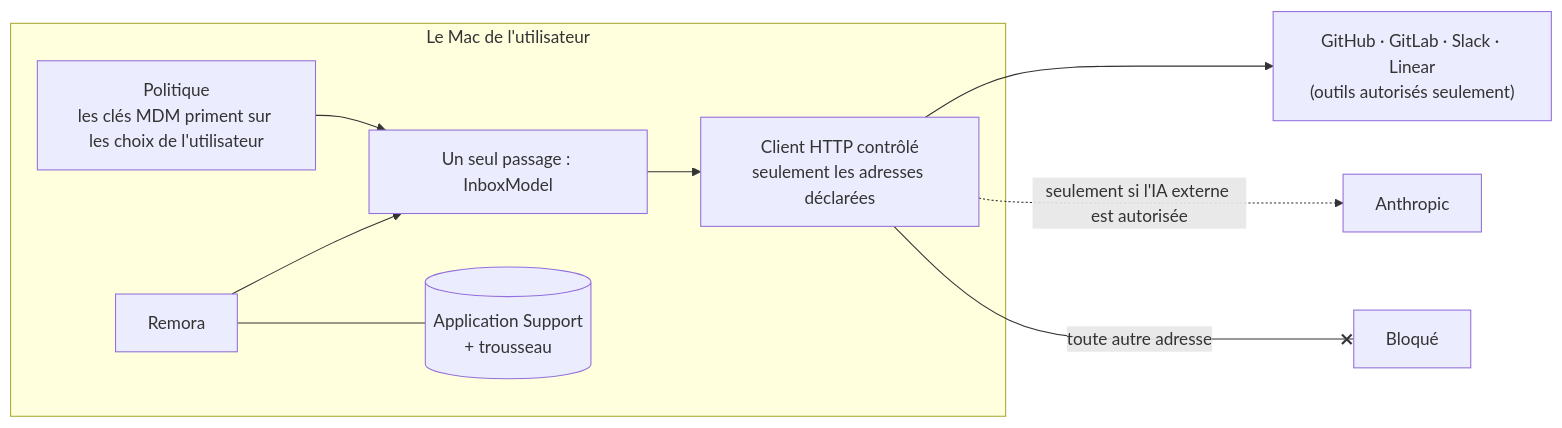
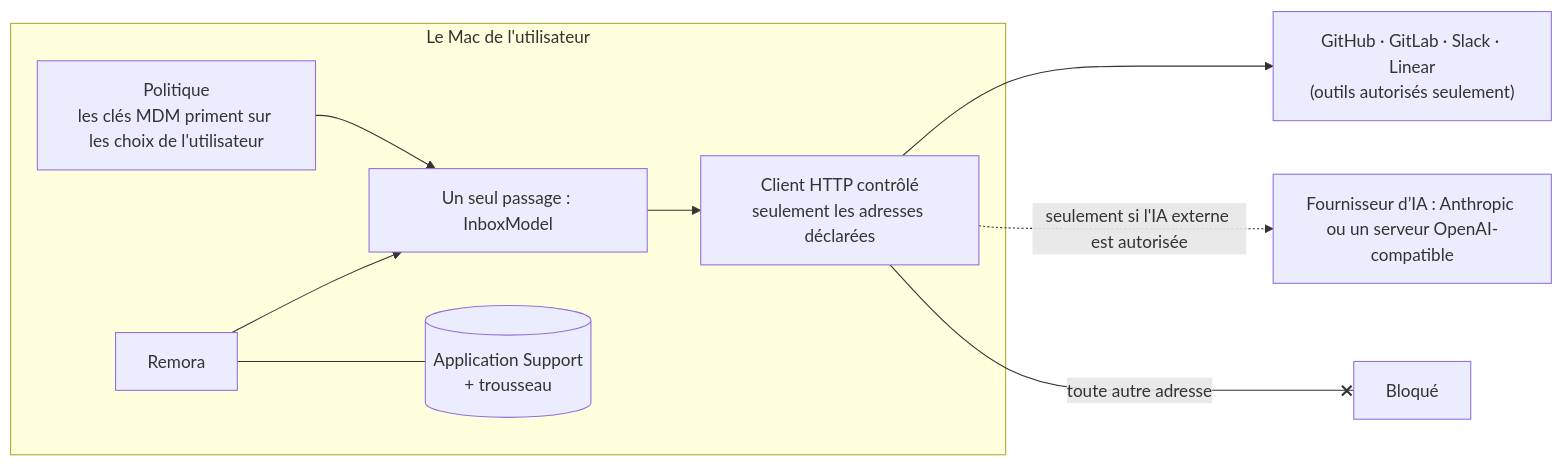
Before and after one commit to iGitScor/triage: the diagram in docs/fr/admin/index.md, drawn with Mermaid. The commit also changed 18 other files, not shown here.

Commit message:
docs: the OpenAI-compatible assistant and its policy keys

````diff
--- a/docs/fr/admin/index.md
+++ b/docs/fr/admin/index.md
@@ -27,13 +27,13 @@
 ```mermaid
 flowchart LR
   subgraph Mac["Le Mac de l'utilisateur"]
     UI["Remora"] --> Gate["Un seul passage : InboxModel"]
     Policy["Politique<br/>les clés MDM priment sur les choix de l'utilisateur"] --> Gate
     Gate --> Client["Client HTTP contrôlé<br/>seulement les adresses déclarées"]
     Store[("Application Support<br/>+ trousseau")]
     UI --- Store
   end
   Client --> Tools["GitHub · GitLab · Slack · Linear<br/>(outils autorisés seulement)"]
-  Client -. "seulement si l'IA externe est autorisée" .-> Claude["Anthropic"]
+  Client -. "seulement si l'IA externe est autorisée" .-> Claude["Fournisseur d’IA : Anthropic ou un serveur OpenAI-compatible"]
   Client -- "toute autre adresse" --x Blocked["Bloqué"]
 ```
````
